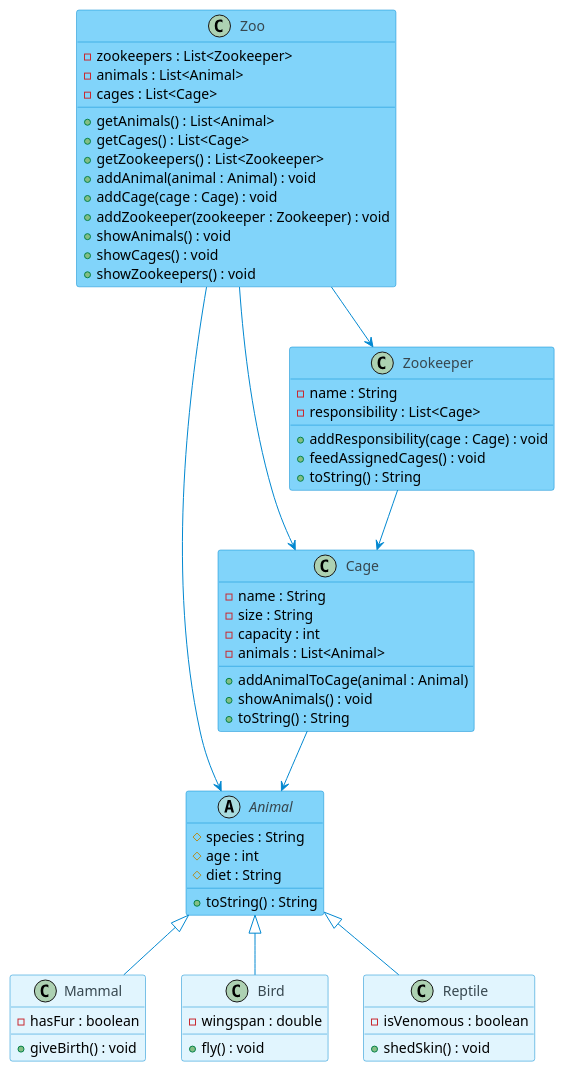
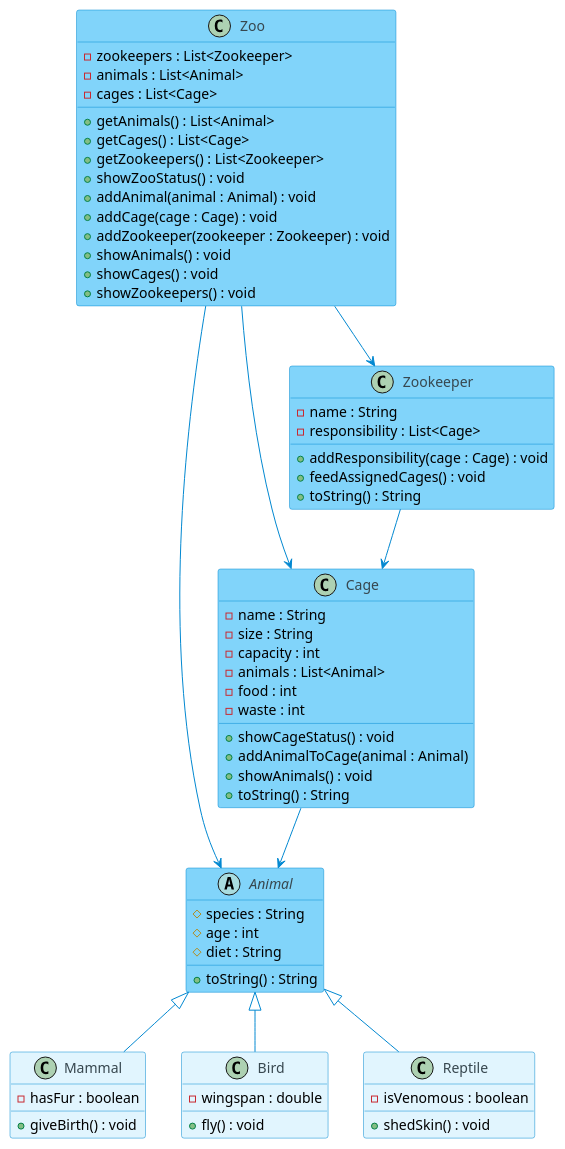
One commit to sarakluge/ZooSystem changed the diagram in class_diagram.puml. Above: the diagram before and after it, drawn with PlantUML. The commit also changed 3 other files, not shown here.

Commit message:
add food and waste to cage and print for zoo status

```diff
--- a/class_diagram.puml
+++ b/class_diagram.puml
@@ -1,74 +1,78 @@
 @startuml
 
 skinparam classBorderColor #0288D1
 skinparam classFontColor #37474F
 skinparam ArrowColor #0288D1
 
 
 class Zoo #81D4FA  {
     -zookeepers : List<Zookeeper>
     -animals : List<Animal>
     -cages : List<Cage>
     +getAnimals() : List<Animal>
     +getCages() : List<Cage>
     +getZookeepers() : List<Zookeeper>
+    +showZooStatus() : void
     +addAnimal(animal : Animal) : void
     +addCage(cage : Cage) : void
     +addZookeeper(zookeeper : Zookeeper) : void
     +showAnimals() : void
     +showCages() : void
     +showZookeepers() : void
 }
 
 abstract class Animal #81D4FA  {
     #species : String
     #age : int
     #diet : String
     +toString() : String
 }
 
 class Mammal #E1F5FE  {
     - hasFur : boolean
     + giveBirth() : void
 }
 
 class Bird #E1F5FE   {
     - wingspan : double
     + fly() : void
 }
 
 class Reptile #E1F5FE   {
     - isVenomous : boolean
     + shedSkin() : void
 }
 
 
 class Cage #81D4FA {
     -name : String
     -size : String
     -capacity : int
     -animals : List<Animal>
+    -food : int
+    -waste : int
+    +showCageStatus() : void
     +addAnimalToCage(animal : Animal)
     +showAnimals() : void
     +toString() : String
 }
 
 class Zookeeper #81D4FA {
     -name : String
     -responsibility : List<Cage>
     +addResponsibility(cage : Cage) : void
     +feedAssignedCages() : void
     +toString() : String
 }
 
 Animal <|-- Mammal
 Animal <|-- Bird
 Animal <|-- Reptile
 
 Zoo --> Zookeeper
 Zoo --> Animal
 Zoo --> Cage
 Cage --> Animal
 Zookeeper --> Cage
 
 @enduml
```
